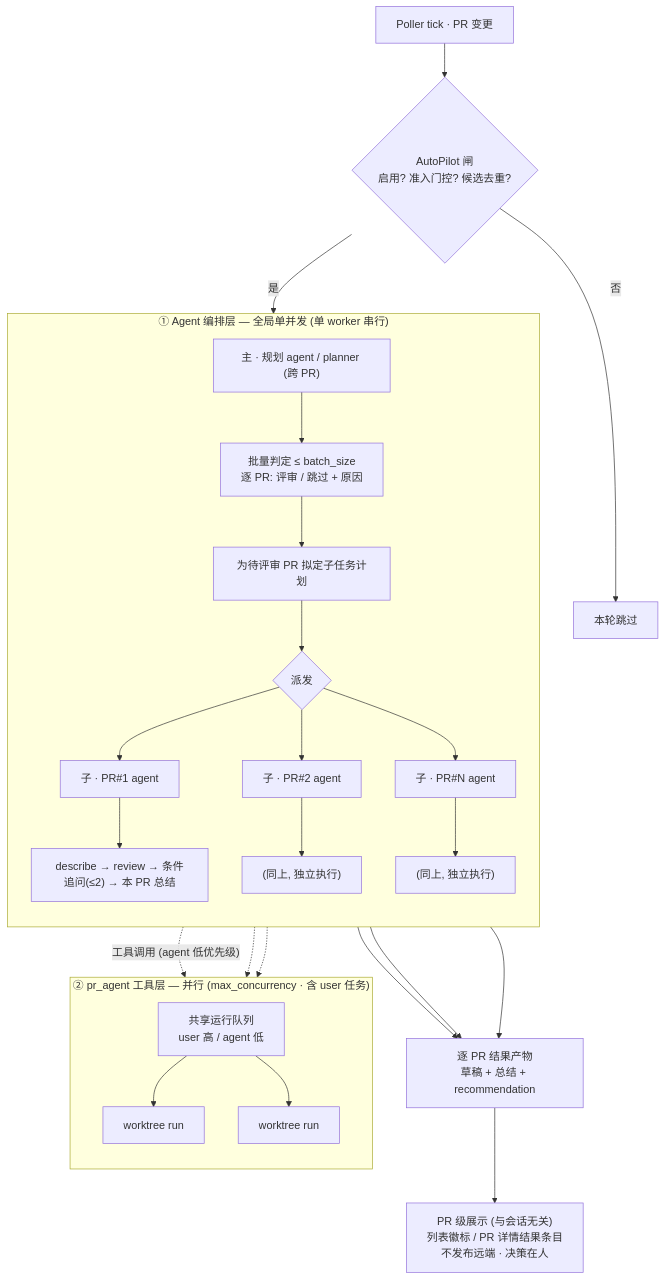
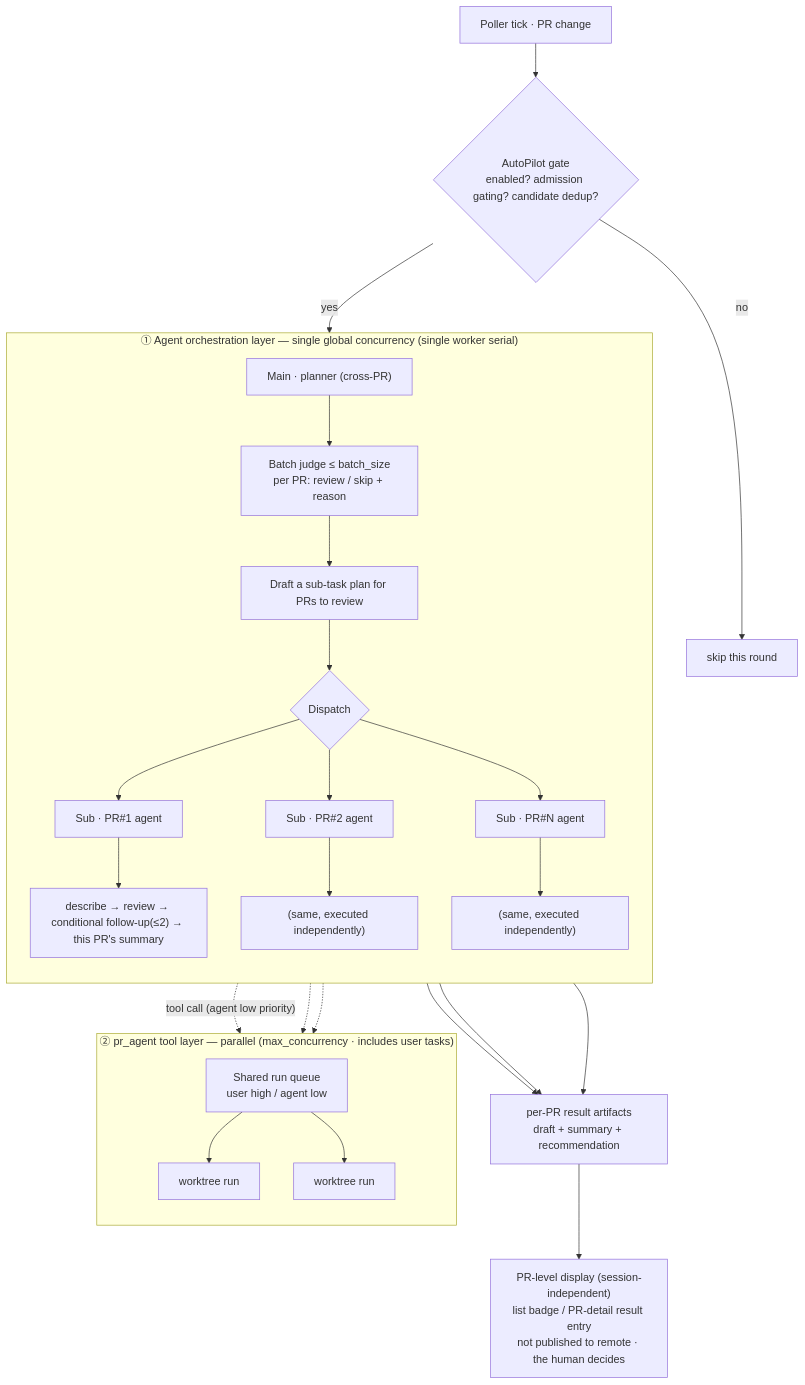
One commit to huhamhire/code-meeseeks changed the diagram in docs/arch/02-agent/03-autopilot.md. Above: the diagram before and after it, drawn with Mermaid. The commit also changed other lines of this file and 5 other files, not shown here.

````diff
--- a/docs/arch/02-agent/03-autopilot.md
+++ b/docs/arch/02-agent/03-autopilot.md
@@ -26,36 +26,36 @@
 ```mermaid
 flowchart TD
-    P["Poller tick · PR 变更"] --> G{"AutoPilot 闸<br/>启用? 准入门控? 候选去重?"}
-    G -- 否 --> X["本轮跳过"]
-    G -- 是 --> PL
+    P["Poller tick · PR change"] --> G{"AutoPilot gate<br/>enabled? admission gating? candidate dedup?"}
+    G -- no --> X["skip this round"]
+    G -- yes --> PL
 
-    subgraph ORCH["① Agent 编排层 — 全局单并发 (单 worker 串行)"]
+    subgraph ORCH["① Agent orchestration layer — single global concurrency (single worker serial)"]
         direction TB
-        PL["主 · 规划 agent / planner (跨 PR)"]
-        PL --> J["批量判定 ≤ batch_size<br/>逐 PR: 评审 / 跳过 + 原因"]
-        J --> PLAN["为待评审 PR 拟定子任务计划"]
-        PLAN --> D{"派发"}
-        D --> A1["子 · PR#1 agent"]
-        D --> A2["子 · PR#2 agent"]
-        D --> An["子 · PR#N agent"]
-        A1 --> M1["describe → review → 条件追问(≤2) → 本 PR 总结"]
-        A2 --> M2["(同上, 独立执行)"]
-        An --> Mn["(同上, 独立执行)"]
+        PL["Main · planner (cross-PR)"]
+        PL --> J["Batch judge ≤ batch_size<br/>per PR: review / skip + reason"]
+        J --> PLAN["Draft a sub-task plan for PRs to review"]
+        PLAN --> D{"Dispatch"}
+        D --> A1["Sub · PR#1 agent"]
+        D --> A2["Sub · PR#2 agent"]
+        D --> An["Sub · PR#N agent"]
+        A1 --> M1["describe → review → conditional follow-up(≤2) → this PR's summary"]
+        A2 --> M2["(same, executed independently)"]
+        An --> Mn["(same, executed independently)"]
     end
 
-    M1 -. "工具调用 (agent 低优先级)" .-> Q
+    M1 -. "tool call (agent low priority)" .-> Q
     M2 -.-> Q
     Mn -.-> Q
 
-    subgraph TOOLQ["② pr_agent 工具层 — 并行 (max_concurrency · 含 user 任务)"]
+    subgraph TOOLQ["② pr_agent tool layer — parallel (max_concurrency · includes user tasks)"]
         direction TB
-        Q["共享运行队列<br/>user 高 / agent 低"]
+        Q["Shared run queue<br/>user high / agent low"]
         Q --> R1["worktree run"]
         Q --> R2["worktree run"]
     end
 
-    M1 --> OUT["逐 PR 结果产物<br/>草稿 + 总结 + recommendation"]
+    M1 --> OUT["per-PR result artifacts<br/>draft + summary + recommendation"]
     M2 --> OUT
     Mn --> OUT
-    OUT --> UI["PR 级展示 (与会话无关)<br/>列表徽标 / PR 详情结果条目<br/>不发布远端 · 决策在人"]
+    OUT --> UI["PR-level display (session-independent)<br/>list badge / PR-detail result entry<br/>not published to remote · the human decides"]
 ```
````
